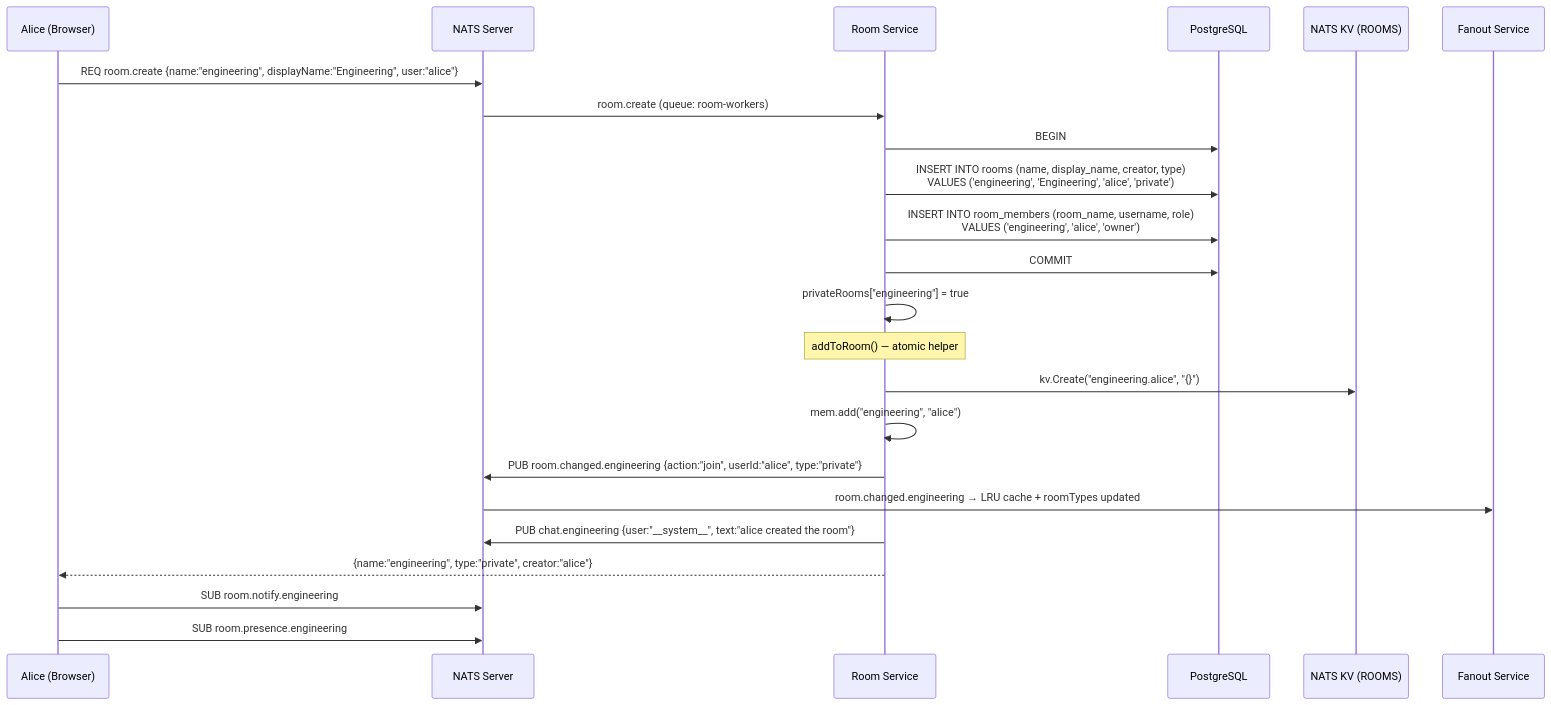
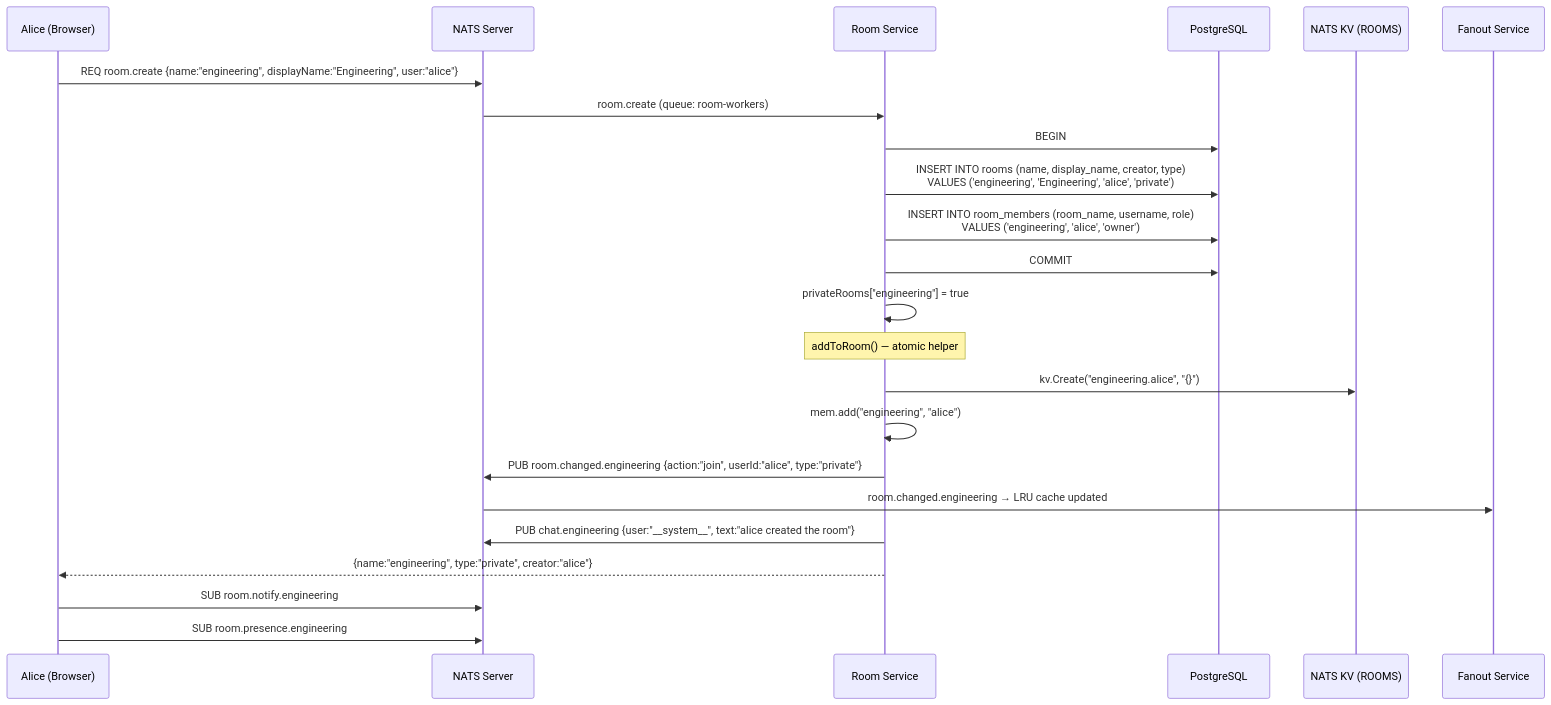
One commit to julianshen/nats-chat-keycloak changed diagram 15 of 16 in docs/plans/2026-02-25-room-subscription-design.md. Above: the diagram before and after it, drawn with Mermaid. The commit also changed other lines of this file, not shown here.

First line of the commit message:
Update room subscription design doc to match current implementation

````diff
--- a/docs/plans/2026-02-25-room-subscription-design.md
+++ b/docs/plans/2026-02-25-room-subscription-design.md
@@ -549,33 +545,33 @@
 ```mermaid
 sequenceDiagram
     participant Alice as Alice (Browser)
     participant NATS as NATS Server
     participant RoomSvc as Room Service
     participant DB as PostgreSQL
     participant KV as NATS KV (ROOMS)
     participant Fanout as Fanout Service
 
     Alice->>NATS: REQ room.create {name:"engineering", displayName:"Engineering", user:"alice"}
     NATS->>RoomSvc: room.create (queue: room-workers)
 
     RoomSvc->>DB: BEGIN
     RoomSvc->>DB: INSERT INTO rooms (name, display_name, creator, type)<br/>VALUES ('engineering', 'Engineering', 'alice', 'private')
     RoomSvc->>DB: INSERT INTO room_members (room_name, username, role)<br/>VALUES ('engineering', 'alice', 'owner')
     RoomSvc->>DB: COMMIT
 
     RoomSvc->>RoomSvc: privateRooms["engineering"] = true
 
     Note over RoomSvc: addToRoom() — atomic helper
 
     RoomSvc->>KV: kv.Create("engineering.alice", "{}")
     RoomSvc->>RoomSvc: mem.add("engineering", "alice")
     RoomSvc->>NATS: PUB room.changed.engineering {action:"join", userId:"alice", type:"private"}
 
-    NATS->>Fanout: room.changed.engineering → LRU cache + roomTypes updated
+    NATS->>Fanout: room.changed.engineering → LRU cache updated
 
     RoomSvc->>NATS: PUB chat.engineering {user:"__system__", text:"alice created the room"}
     RoomSvc-->>Alice: {name:"engineering", type:"private", creator:"alice"}
 
     Alice->>NATS: SUB room.notify.engineering
     Alice->>NATS: SUB room.presence.engineering
 ```
````
